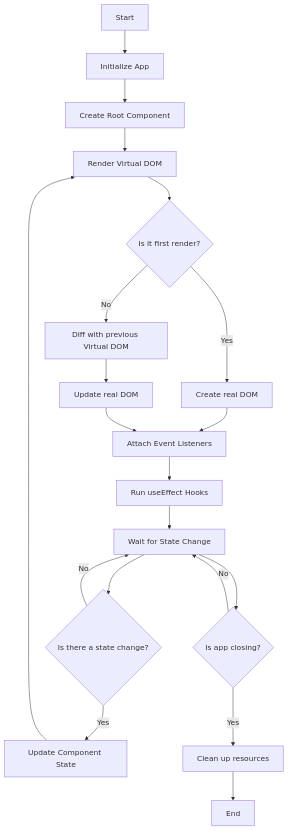
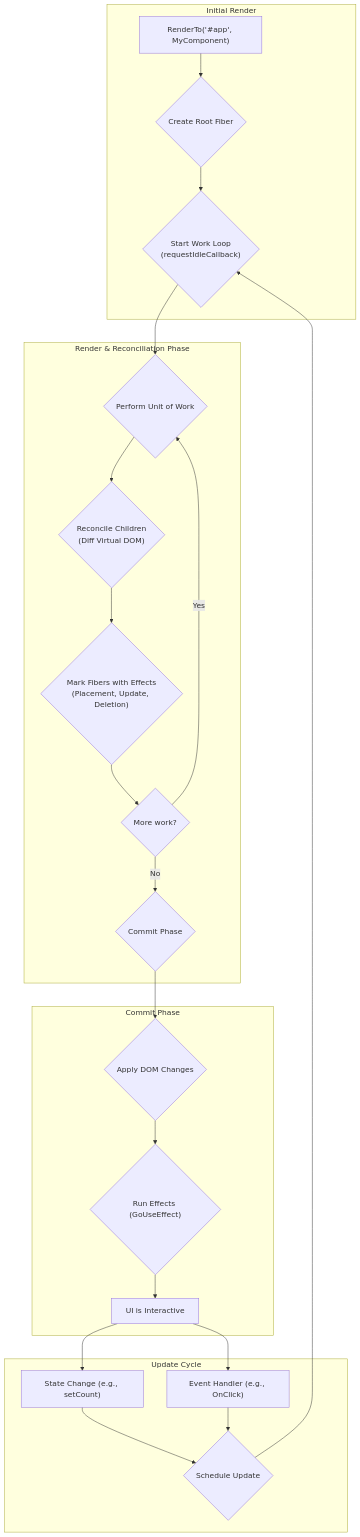
The diagram in README.md (monstercameron/GoWebComponents), drawn with Mermaid before and after one commit. The commit also changed other lines of this file and 3 other files, not shown here.

````diff
--- a/README.md
+++ b/README.md
@@ -171,22 +343,30 @@
 ```mermaid
 graph TD
-    A[Start] --> B[Initialize App]
-    B --> C[Create Root Component]
-    C --> D[Render Virtual DOM]
-    D --> E{Is it first render?}
-    E -- Yes --> F[Create real DOM]
-    E -- No --> G[Diff with previous Virtual DOM]
-    G --> H[Update real DOM]
-    F --> I[Attach Event Listeners]
-    H --> I
-    I --> J[Run useEffect Hooks]
-    J --> K[Wait for State Change]
-    K --> L{Is there a state change?}
-    L -- Yes --> M[Update Component State]
-    M --> D
-    L -- No --> K
-    K --> N{Is app closing?}
-    N -- Yes --> O[Clean up resources]
-    O --> P[End]
-    N -- No --> K
+    subgraph "Initial Render"
+        A["RenderTo('#app', MyComponent)"] --> B{"Create Root Fiber"};
+        B --> C{"Start Work Loop<br/>(requestIdleCallback)"};
+    end
+
+    subgraph "Render & Reconciliation Phase"
+        C --> D{"Perform Unit of Work"};
+        D --> E{"Reconcile Children<br/>(Diff Virtual DOM)"};
+        E --> F{"Mark Fibers with Effects<br/>(Placement, Update, Deletion)"};
+        F --> G{"More work?"};
+        G -- Yes --> D;
+        G -- No --> H{"Commit Phase"};
+    end
+    
+    subgraph "Commit Phase"
+        H --> I{"Apply DOM Changes"};
+        I --> J{"Run Effects (GoUseEffect)"};
+        J --> K[UI is Interactive];
+    end
+
+    subgraph "Update Cycle"
+        L["State Change (e.g., setCount)"] --> M{"Schedule Update"};
+        N["Event Handler (e.g., OnClick)"] --> M;
+        M --> C;
+    end
+
+    K --> L & N;
 ```
````
